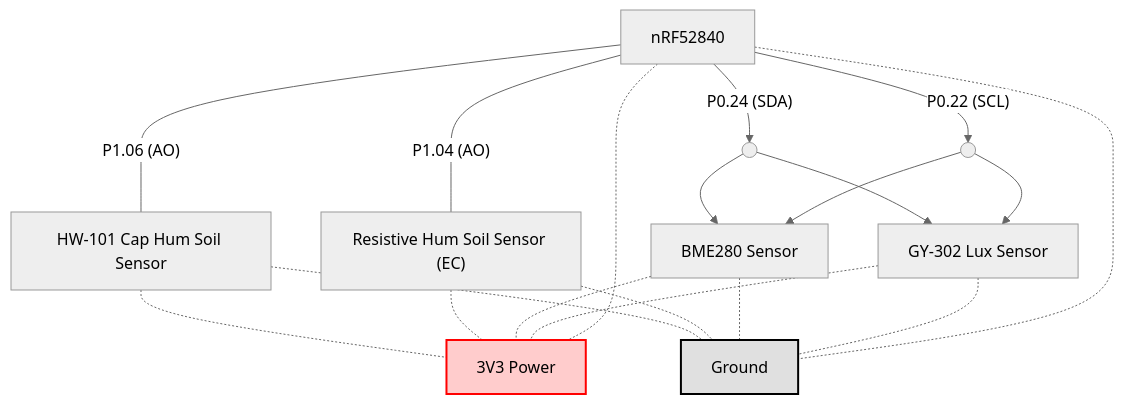
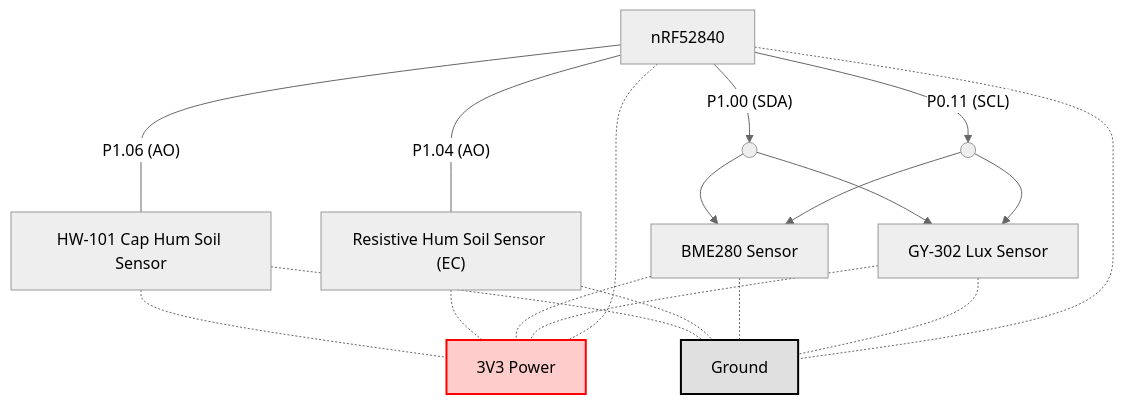
One commit to EdenSync/sensor-hardware changed the diagram in docs/MVP_SETUP.md. Above: the diagram before and after it, drawn with Mermaid (neutral theme). The commit also changed other lines of this file, not shown here.

Commit message:
change sda scl to default

````diff
--- a/docs/MVP_SETUP.md
+++ b/docs/MVP_SETUP.md
@@ -29,36 +29,36 @@
 ```mermaid
 flowchart TD
     NRF[nRF52840]
     HW_101[HW-101 Cap Hum Soil Sensor]
     RHS["Resistive Hum Soil Sensor (EC)"]
     BME280[BME280 Sensor]
     GY302[GY-302 Lux Sensor]
     SDA_SPLIT(( ))
     SCL_SPLIT(( ))
     PWR33[3V3 Power]
     GND[Ground]
 
     NRF -- P1.06 (AO) --- HW_101
     NRF -- P1.04 (AO) --- RHS
-    NRF -- P0.24 (SDA) --> SDA_SPLIT
+    NRF -- P1.00 (SDA) --> SDA_SPLIT
     SDA_SPLIT --> BME280
     SDA_SPLIT --> GY302
-    NRF -- P0.22 (SCL) --> SCL_SPLIT
+    NRF -- P0.11 (SCL) --> SCL_SPLIT
     SCL_SPLIT --> BME280
     SCL_SPLIT --> GY302
 
     HW_101 -.- PWR33
     RHS -.- PWR33
     BME280 -.- PWR33
     GY302 -.- PWR33
     NRF -.- PWR33
     
     HW_101 -.- GND
     RHS -.- GND
     BME280 -.- GND
     GY302 -.- GND
     NRF -.- GND
 
     style PWR33 fill:#ffcccc,stroke:#ff0000,stroke-width:2px
     style GND fill:#e0e0e0,stroke:#000000,stroke-width:2px
 ```
````
